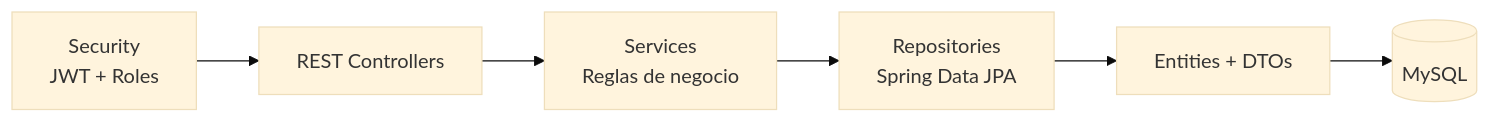
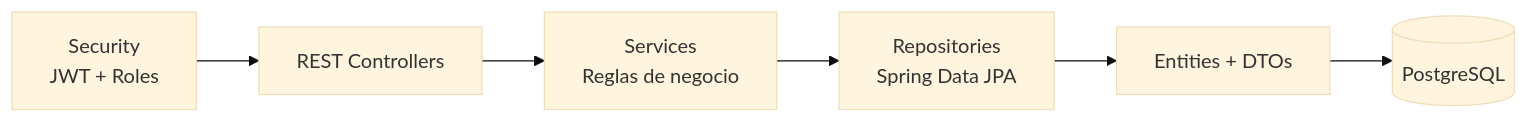
One commit to transparenciapublicadev/plataforma-saip-apelaciones changed the second of 9 diagrams in README.md. Above: the diagram before and after it, drawn with Mermaid (base theme). The commit also changed other lines of this file and 18 other files, not shown here.

Commit message:
📝 docs: update all documentation for PostgreSQL as default runtime

````diff
--- a/README.md
+++ b/README.md
@@ -179,15 +179,15 @@
 ```mermaid
 flowchart LR
     Controller["REST Controllers"]
     Service["Services\nReglas de negocio"]
     Repository["Repositories\nSpring Data JPA"]
     Entity["Entities + DTOs"]
     Security["Security\nJWT + Roles"]
-    MySQL[("MySQL")]
+    PostgreSQL[("PostgreSQL")]
 
     Controller --> Service
     Service --> Repository
     Repository --> Entity
-    Entity --> MySQL
+    Entity --> PostgreSQL
     Security --> Controller
 ```
````
